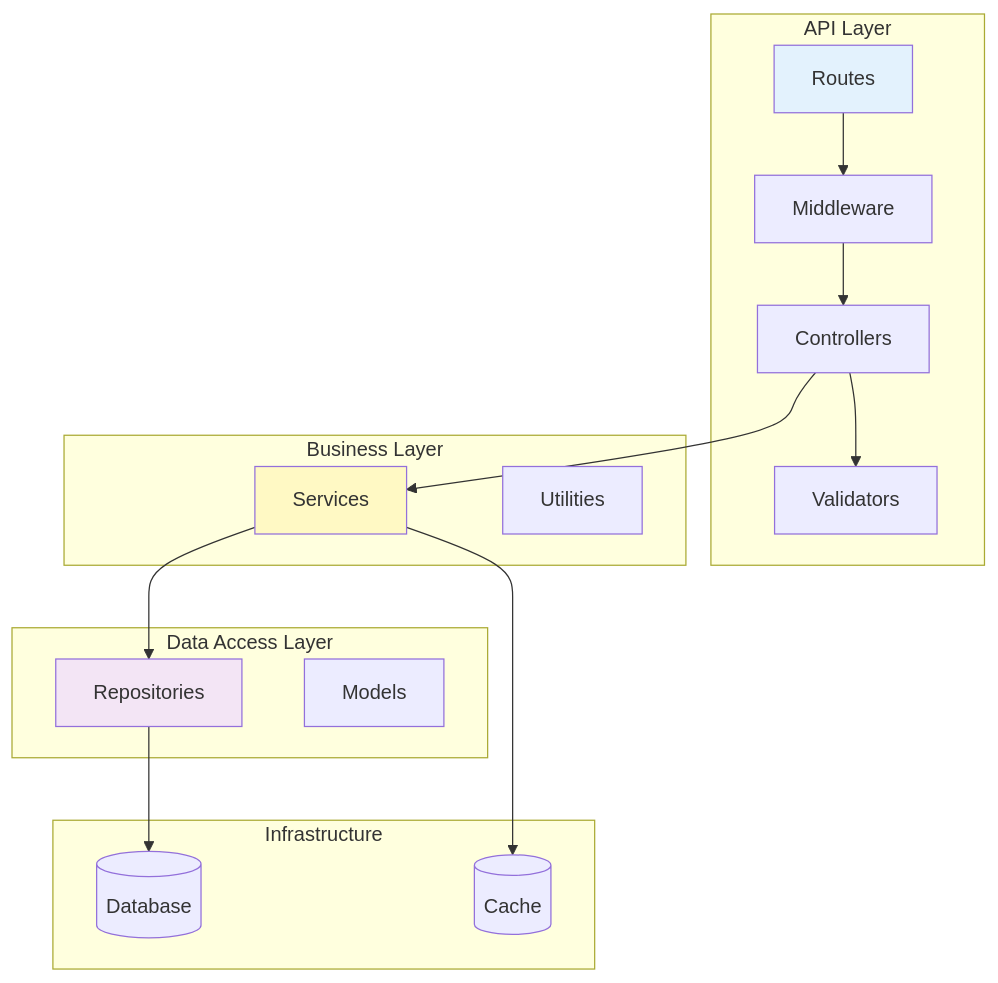
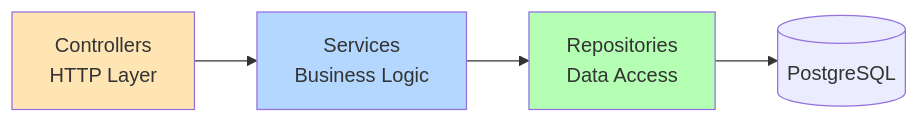
Before and after one commit to ValonHajredini/NodeAngularFullStack: the third of 9 diagrams in CODEBASE_ANALYSIS.md, drawn with Mermaid. The commit also changed other lines of this file and 50 other files, not shown here.

````diff
--- a/CODEBASE_ANALYSIS.md
+++ b/CODEBASE_ANALYSIS.md
@@ -188,36 +173,10 @@
 ```mermaid
-graph TD
-    subgraph "API Layer"
-        ROUTES[Routes]
-        MIDDLEWARE[Middleware]
-        CONTROLLERS[Controllers]
-        VALIDATORS[Validators]
-    end
+graph LR
+    Controller[Controllers<br/>HTTP Layer] --> Service[Services<br/>Business Logic]
+    Service --> Repository[Repositories<br/>Data Access]
+    Repository --> Database[(PostgreSQL)]
 
-    subgraph "Business Layer"
-        SERVICES[Services]
-        UTILS[Utilities]
-    end
-
-    subgraph "Data Access Layer"
-        REPOS[Repositories]
-        MODELS[Models]
-    end
-
-    subgraph "Infrastructure"
-        DB[(Database)]
-        CACHE[(Cache)]
-    end
-
-    ROUTES --> MIDDLEWARE
-    MIDDLEWARE --> CONTROLLERS
-    CONTROLLERS --> VALIDATORS
-    CONTROLLERS --> SERVICES
-    SERVICES --> REPOS
-    REPOS --> DB
-    SERVICES --> CACHE
-
-    style ROUTES fill:#e3f2fd
-    style SERVICES fill:#fff9c4
-    style REPOS fill:#f3e5f5
+    style Controller fill:#FFE5B4
+    style Service fill:#B4D7FF
+    style Repository fill:#B4FFB4
 ```
````
